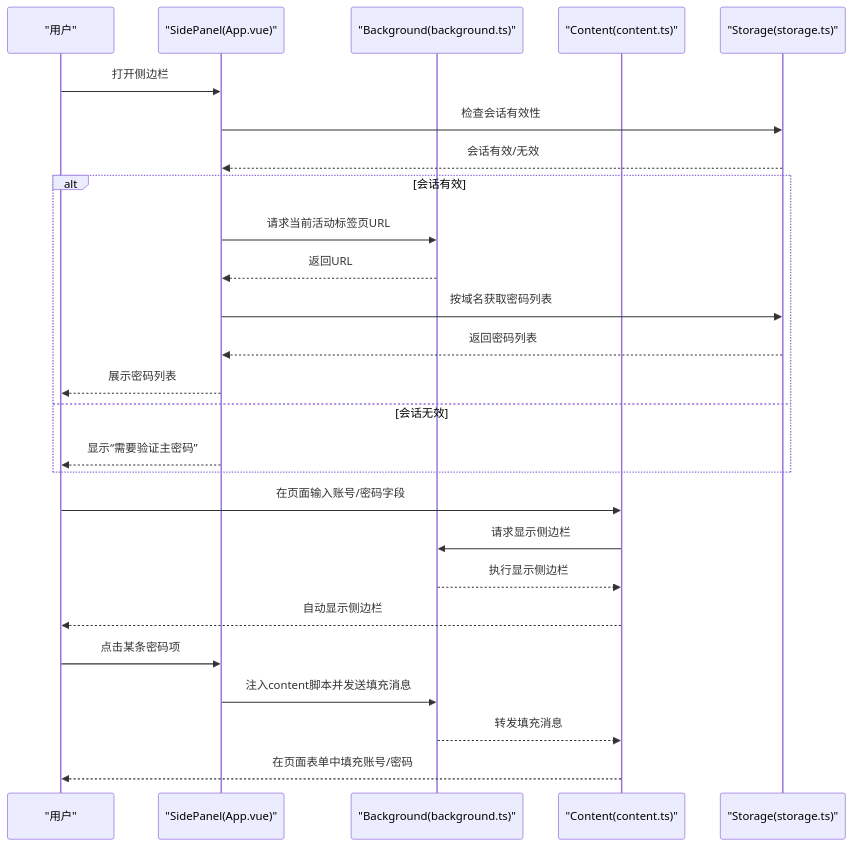
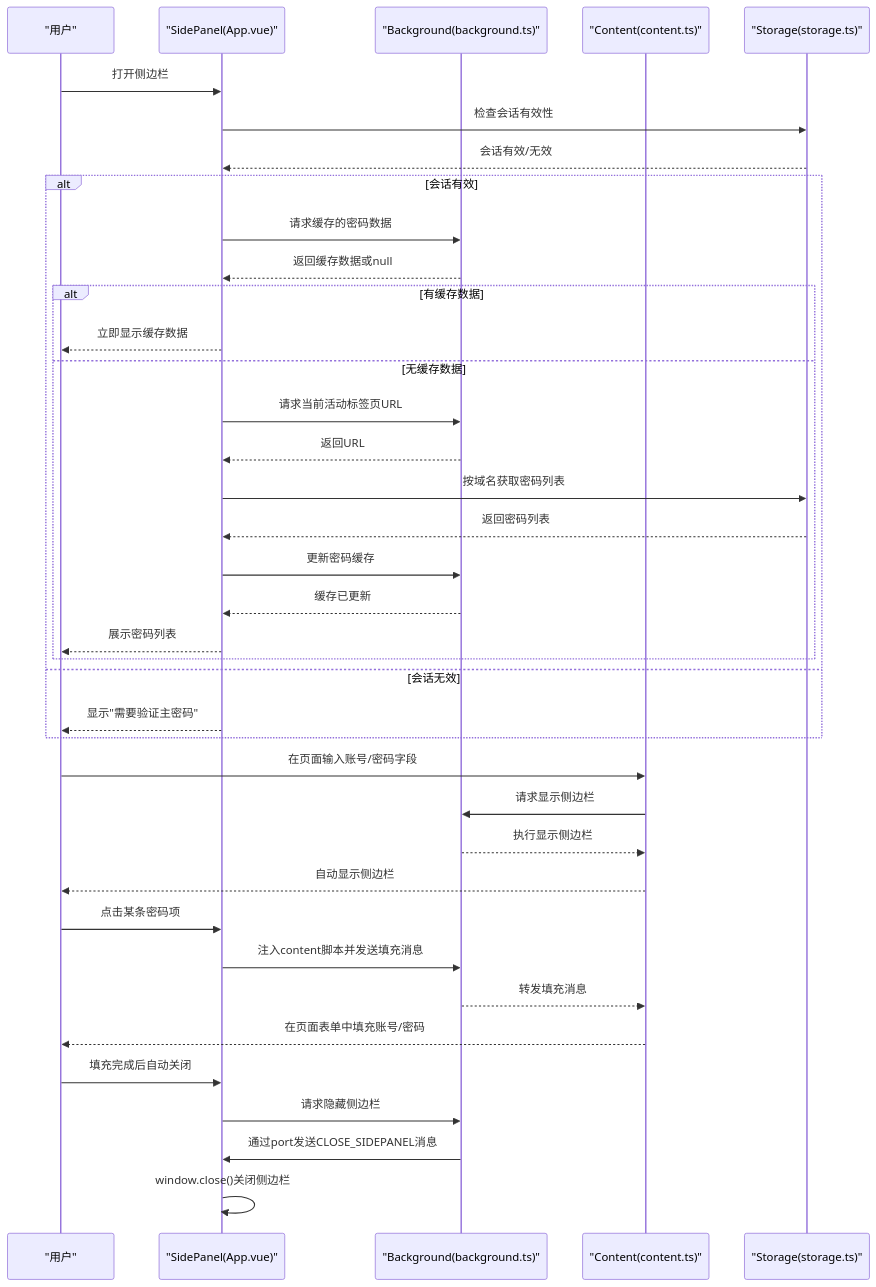
One commit to liaolongdong/account-password-helper changed the second of 8 diagrams in .qoder/repowiki/zh/content/扩展入口点/Side Panel Interface.md. Above: the diagram before and after it, drawn with Mermaid. The commit also changed other lines of this file and 23 other files, not shown here.

````diff
--- a/.qoder/repowiki/zh/content/扩展入口点/Side Panel Interface.md
+++ b/.qoder/repowiki/zh/content/扩展入口点/Side Panel Interface.md
@@ -108,28 +128,40 @@
 ```mermaid
 sequenceDiagram
 participant User as "用户"
 participant Side as "SidePanel(App.vue)"
 participant BG as "Background(background.ts)"
 participant CT as "Content(content.ts)"
 participant Store as "Storage(storage.ts)"
 User->>Side : 打开侧边栏
 Side->>Store : 检查会话有效性
 Store-->>Side : 会话有效/无效
 alt 会话有效
+Side->>BG : 请求缓存的密码数据
+BG-->>Side : 返回缓存数据或null
+alt 有缓存数据
+Side-->>User : 立即显示缓存数据
+else 无缓存数据
 Side->>BG : 请求当前活动标签页URL
 BG-->>Side : 返回URL
 Side->>Store : 按域名获取密码列表
 Store-->>Side : 返回密码列表
+Side->>BG : 更新密码缓存
+BG-->>Side : 缓存已更新
 Side-->>User : 展示密码列表
+end
 else 会话无效
-Side-->>User : 显示“需要验证主密码”
+Side-->>User : 显示"需要验证主密码"
 end
 User->>CT : 在页面输入账号/密码字段
 CT->>BG : 请求显示侧边栏
 BG-->>CT : 执行显示侧边栏
 CT-->>User : 自动显示侧边栏
 User->>Side : 点击某条密码项
 Side->>BG : 注入content脚本并发送填充消息
 BG-->>CT : 转发填充消息
 CT-->>User : 在页面表单中填充账号/密码
+User->>Side : 填充完成后自动关闭
+Side->>BG : 请求隐藏侧边栏
+BG->>Side : 通过port发送CLOSE_SIDEPANEL消息
+Side->>Side : window.close()关闭侧边栏
 ```
````
